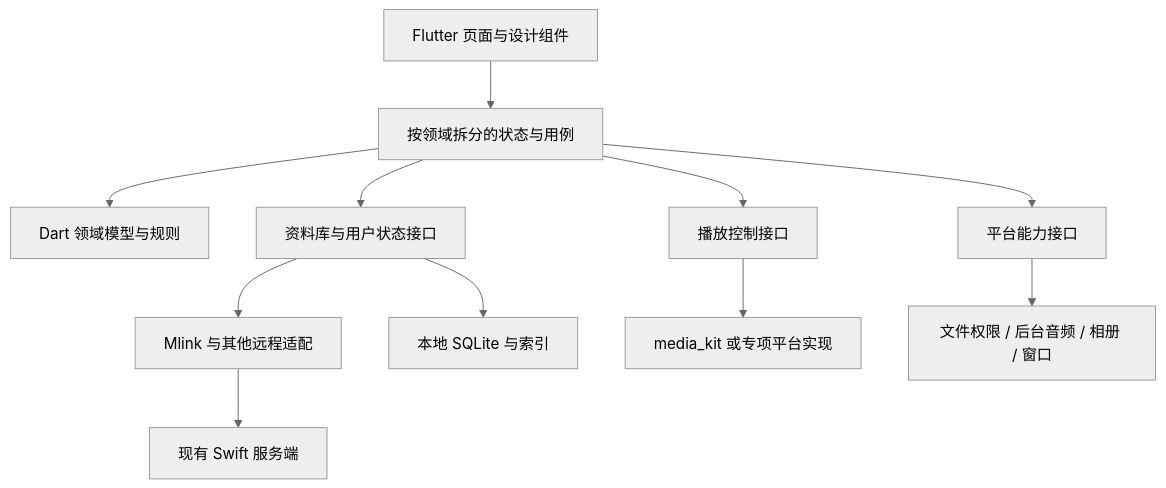
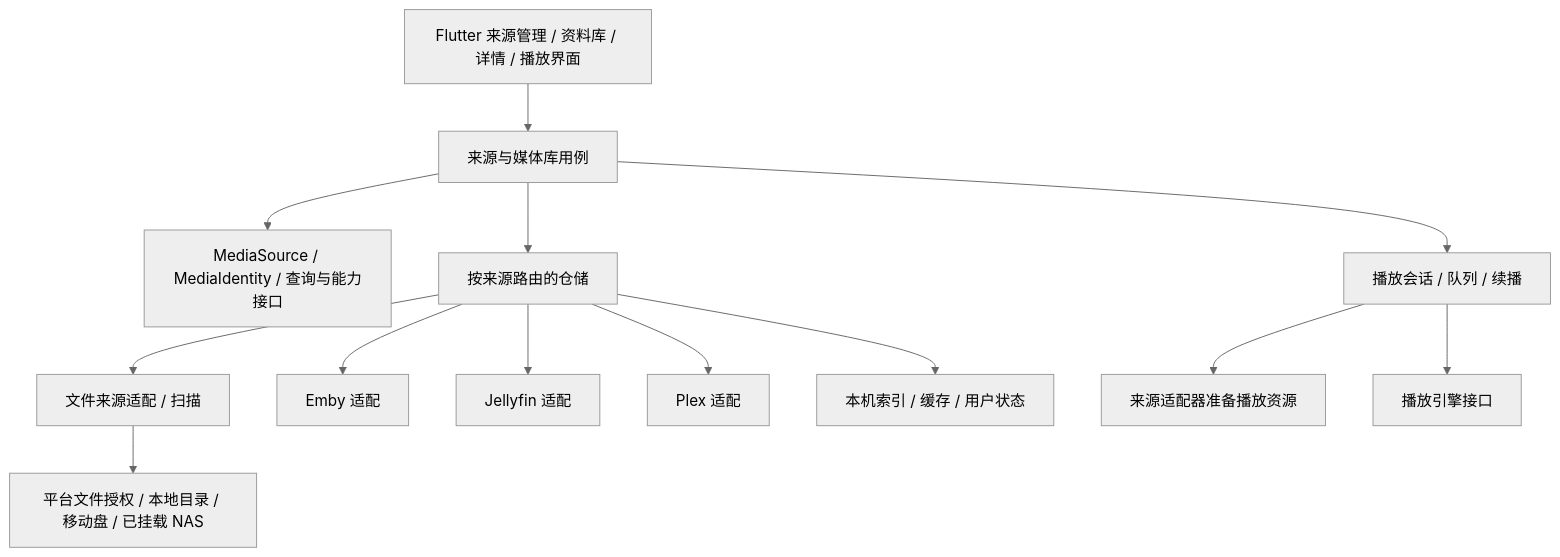
The diagram in docs/FLUTTER_IMPLEMENTATION_PLAN.zh-CN.md (829304/ReelNest), drawn with Mermaid (neutral theme) before and after one commit. The commit also changed other lines of this file and 74 other files, not shown here.

````diff
--- a/docs/FLUTTER_IMPLEMENTATION_PLAN.zh-CN.md
+++ b/docs/FLUTTER_IMPLEMENTATION_PLAN.zh-CN.md
@@ -97,13 +48,15 @@
 ```mermaid
 flowchart TD
-    UI[Flutter 页面与设计组件] --> State[按领域拆分的状态与用例]
-    State --> Domain[Dart 领域模型与规则]
-    State --> Repo[资料库与用户状态接口]
-    Repo --> Remote[Mlink 与其他远程适配]
-    Repo --> Local[本地 SQLite 与索引]
-    Remote --> Server[现有 Swift 服务端]
-    State --> Player[播放控制接口]
-    Player --> Engine[media_kit 或专项平台实现]
-    State --> Platform[平台能力接口]
-    Platform --> Native[文件权限 / 后台音频 / 相册 / 窗口]
+    UI[Flutter 来源管理 / 资料库 / 详情 / 播放界面] --> UseCase[来源与媒体库用例]
+    UseCase --> Domain[MediaSource / MediaIdentity / 查询与能力接口]
+    UseCase --> Repo[按来源路由的仓储]
+    Repo --> Files[文件来源适配 / 扫描]
+    Repo --> Emby[Emby 适配]
+    Repo --> Jellyfin[Jellyfin 适配]
+    Repo --> Plex[Plex 适配]
+    Files --> Access[平台文件授权 / 本地目录 / 移动盘 / 已挂载 NAS]
+    Repo --> DB[本机索引 / 缓存 / 用户状态]
+    UseCase --> Playback[播放会话 / 队列 / 续播]
+    Playback --> Resolve[来源适配器准备播放资源]
+    Playback --> Engine[播放引擎接口]
 ```
````
